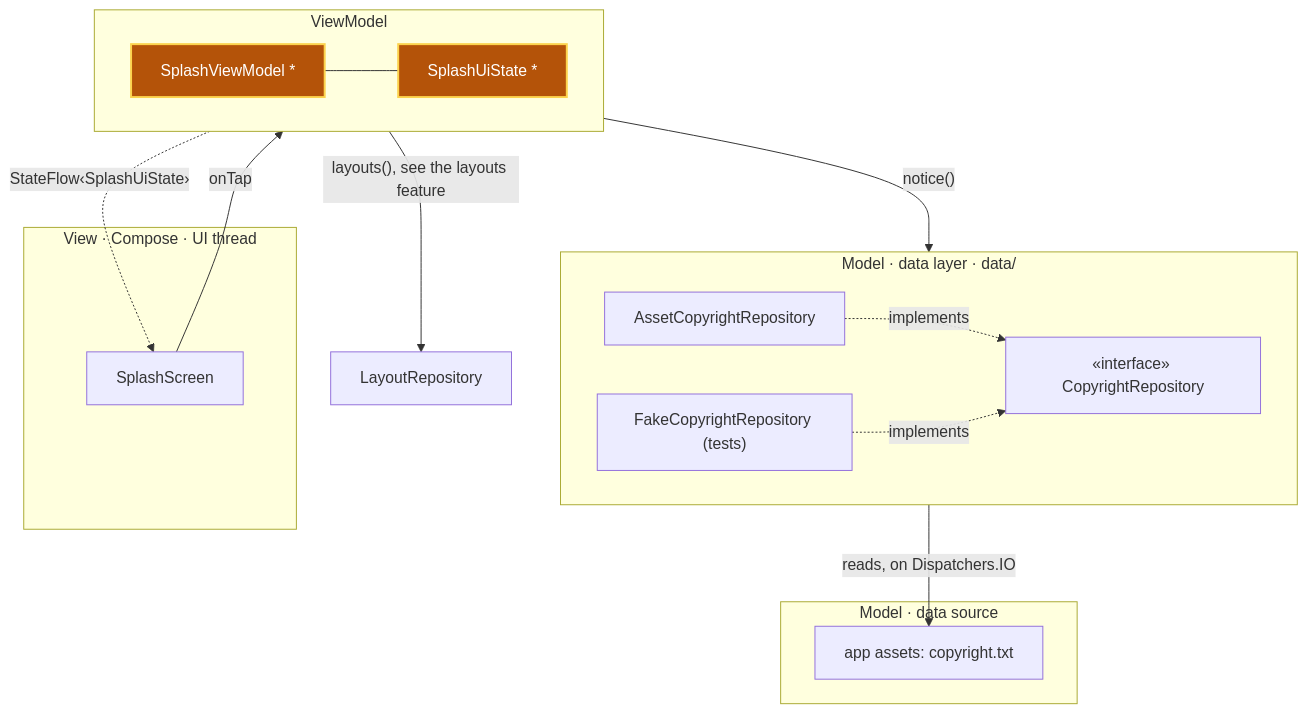
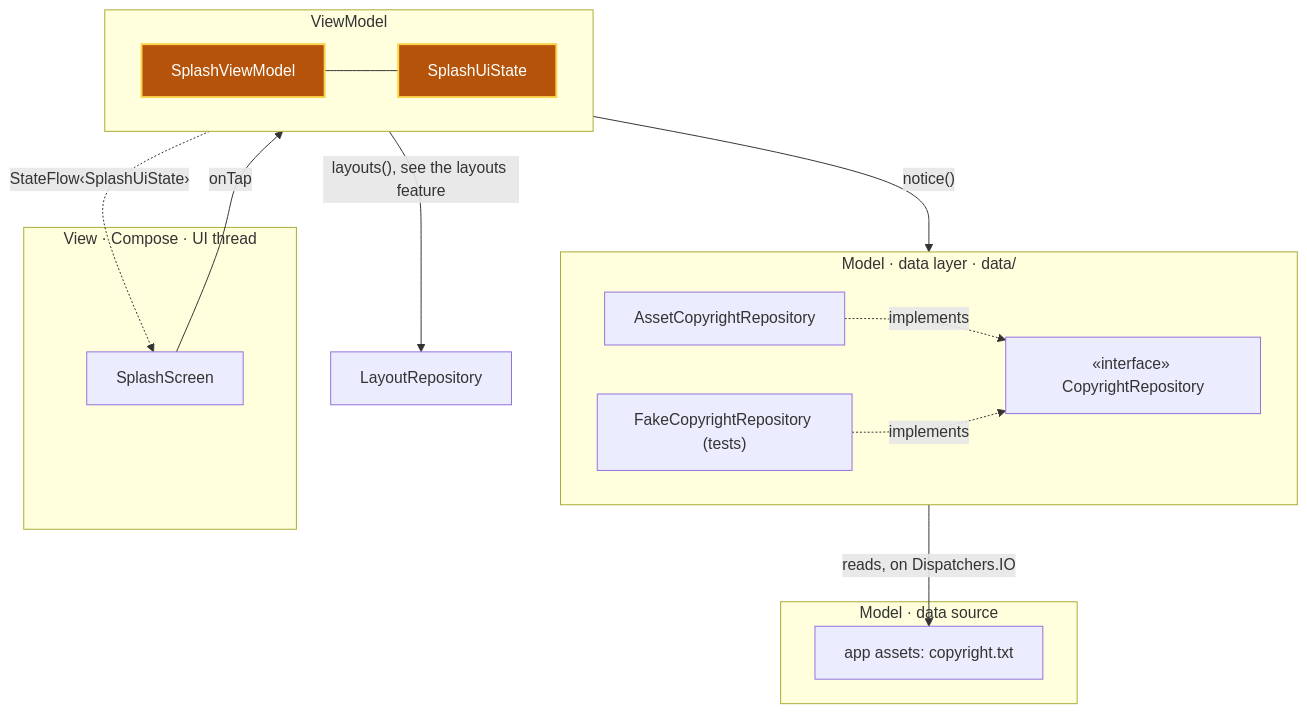
One commit to aivanov61/sudoku-solver changed the second of 6 diagrams in android/docs/architecture.md. Above: the diagram before and after it, drawn with Mermaid. The commit also changed other lines of this file and 12 other files, not shown here.

Commit message:
Navigate with Navigation 3 from the splash, which reads the layouts behind it, to the game on the only layout or to a layout picker that says when none can be played, each screen with its own ViewModels on a back stack saved through process death

````diff
--- a/android/docs/architecture.md
+++ b/android/docs/architecture.md
@@ -63,30 +71,30 @@
 ```mermaid
 flowchart TB
     subgraph View["View · Compose · UI thread"]
         SplashScreen
     end
 
     subgraph VM["ViewModel"]
         direction LR
-        SplashViewModel["SplashViewModel *"] --- SplashUiState["SplashUiState *"]
+        SplashViewModel --- SplashUiState
     end
 
     subgraph DataLayer["Model · data layer · data/"]
         direction LR
         AssetCopyrightRepository -. implements .-> CopyrightRepository["«interface» CopyrightRepository"]
         FakeCopyrightRepository["FakeCopyrightRepository (tests)"] -. implements .-> CopyrightRepository
     end
 
     subgraph DataSource["Model · data source"]
         Assets["app assets: copyright.txt"]
     end
 
     SplashScreen -- "onTap" --> SplashViewModel
     SplashViewModel -. "StateFlow‹SplashUiState›" .-> SplashScreen
     SplashViewModel -- "notice()" --> CopyrightRepository
     SplashViewModel -- "layouts(), see the layouts feature" --> LayoutRepository["LayoutRepository"]
     AssetCopyrightRepository -- "reads, on Dispatchers.IO" --> Assets
 
     classDef changed fill:#b45309,stroke:#fcd34d,stroke-width:2px,color:#ffffff
     class SplashViewModel,SplashUiState changed
 ```
````
